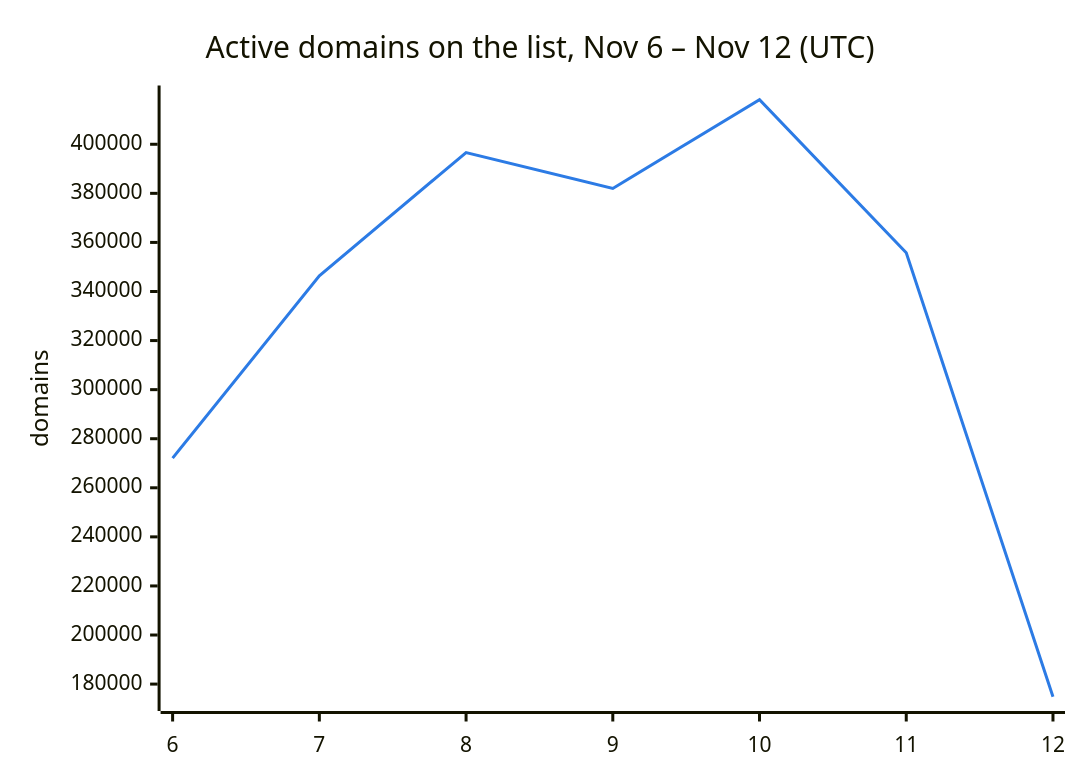
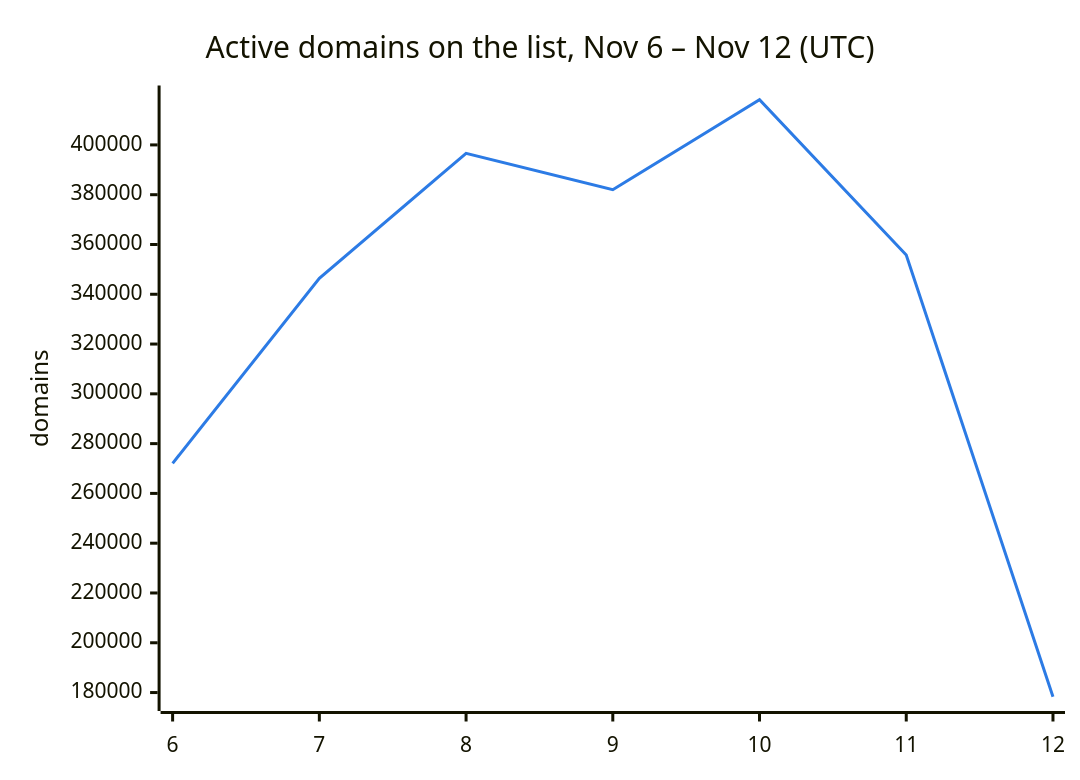
One commit to DNSBunker/CTI changed the second of 3 diagrams in README.md. Above: the diagram before and after it, drawn with Mermaid. The commit also changed other lines of this file and 3 other files, not shown here.

````diff
--- a/README.md
+++ b/README.md
@@ -38,8 +38,8 @@
 ```mermaid
 %%{init: {"themeVariables": {"xyChart": {"plotColorPalette": "#2c7be5"}}}}%%
 xychart-beta
     title "Active domains on the list, Nov 6 – Nov 12 (UTC)"
     x-axis ["6", "7", "8", "9", "10", "11", "12"]
     y-axis "domains"
-    line [272088, 346388, 396638, 382009, 418143, 355765, 174842]
+    line [272088, 346388, 396638, 382009, 418143, 355765, 178312]
 ```
````
